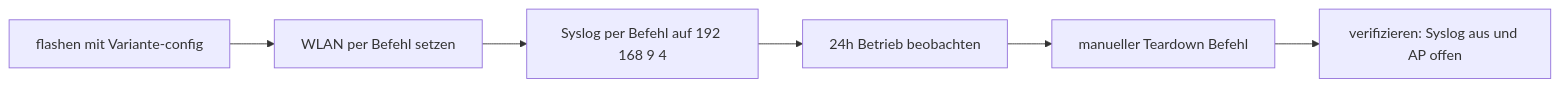
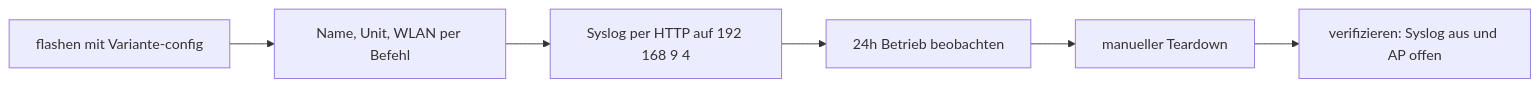
One commit to martament/openandhome changed the fourth of 4 diagrams in plans/espeasy-fertig-images.md. Above: the diagram before and after it, drawn with Mermaid. The commit also changed other lines of this file and 1 other file, not shown here.

````diff
--- a/plans/espeasy-fertig-images.md
+++ b/plans/espeasy-fertig-images.md
@@ -205,8 +309,8 @@
 ```mermaid
 flowchart LR
-    T1[flashen mit Variante-config] --> T2[WLAN per Befehl setzen]
-    T2 --> T3[Syslog per Befehl auf 192 168 9 4]
+    T1[flashen mit Variante-config] --> T2[Name, Unit, WLAN per Befehl]
+    T2 --> T3[Syslog per HTTP auf 192 168 9 4]
     T3 --> T4[24h Betrieb beobachten]
-    T4 --> T5[manueller Teardown Befehl]
+    T4 --> T5[manueller Teardown]
     T5 --> T6[verifizieren: Syslog aus und AP offen]
 ```
````
